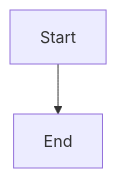
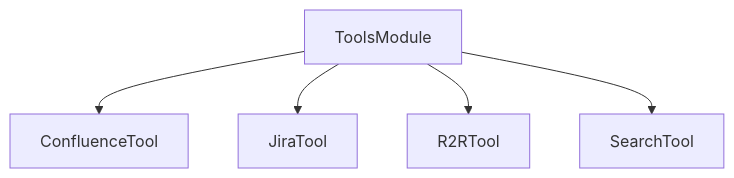
Before and after one commit to lgcorzo/fastapi-autogen-team: the second of 2 diagrams in .knowledge/src-infrastructure-tools-mod.md, drawn with Mermaid. The commit also changed other lines of this file and 10 other files, not shown here.

````diff
--- a/.knowledge/src-infrastructure-tools-mod.md
+++ b/.knowledge/src-infrastructure-tools-mod.md
@@ -24,4 +26,7 @@
 ```mermaid
 flowchart TD
-    Start --> End
+    ToolsModule --> ConfluenceTool
+    ToolsModule --> JiraTool
+    ToolsModule --> R2RTool
+    ToolsModule --> SearchTool
 ```
````
